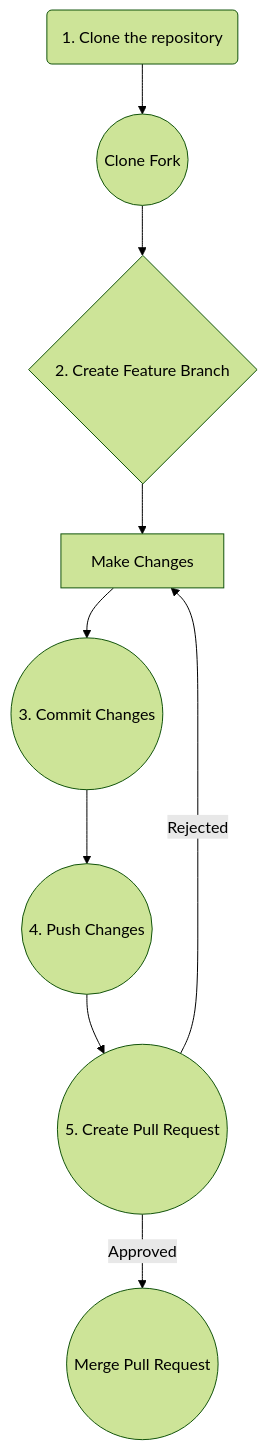
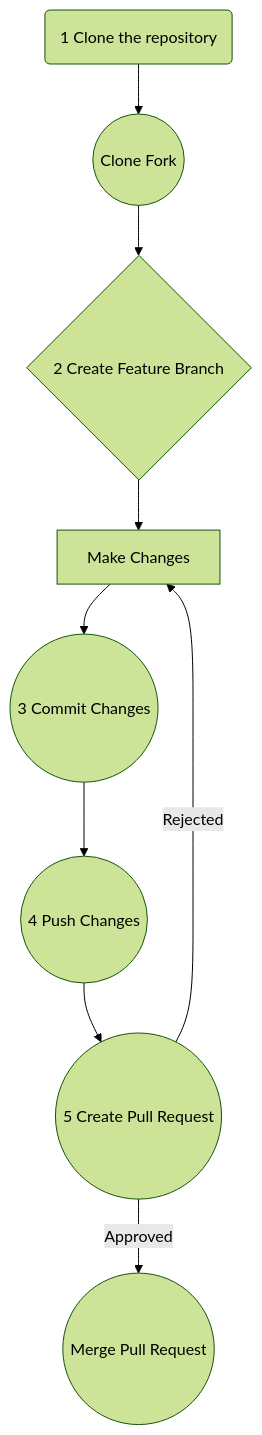
The diagram in README.md (lalomax/new-portfolio), drawn with Mermaid (forest theme) before and after one commit.

````diff
--- a/README.md
+++ b/README.md
@@ -109,11 +109,11 @@
 ```mermaid
 flowchart 
-    A(1. Clone the repository) --> B((Clone Fork))
-    B --> C{2. Create Feature Branch}
+    A(1 Clone the repository) --> B((Clone Fork))
+    B --> C{2 Create Feature Branch}
     C --> D[Make Changes]
-    D --> E((3. Commit Changes))
-    E --> F((4. Push Changes))
-    F --> G((5. Create Pull Request))
+    D --> E((3 Commit Changes))
+    E --> F((4 Push Changes))
+    F --> G((5 Create Pull Request))
     G -- Approved --> H((Merge Pull Request))
     G -- Rejected --> D
 ```
````
